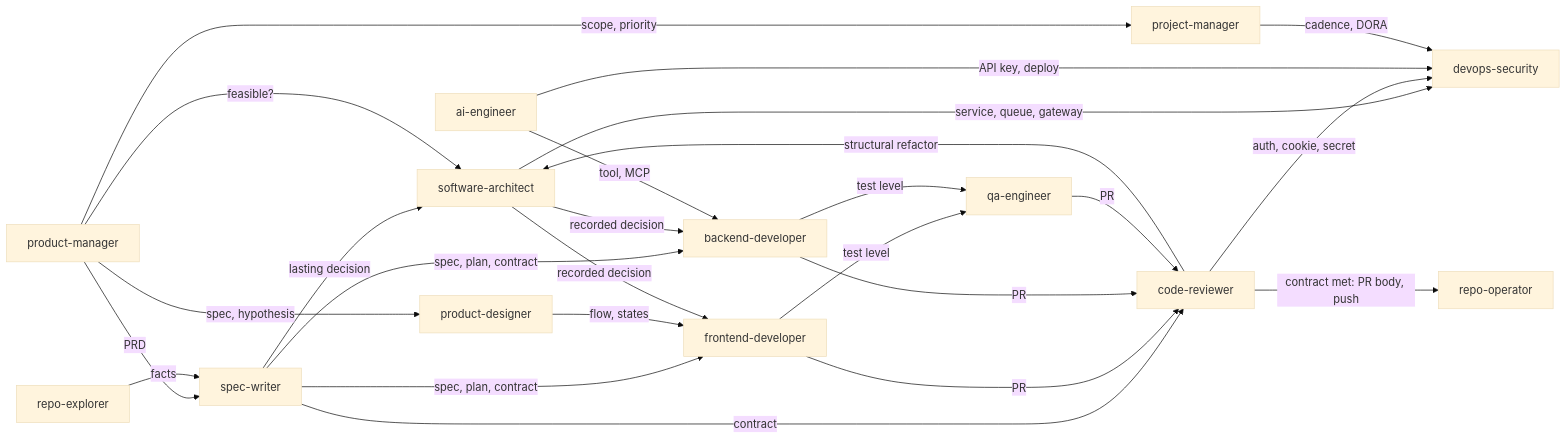
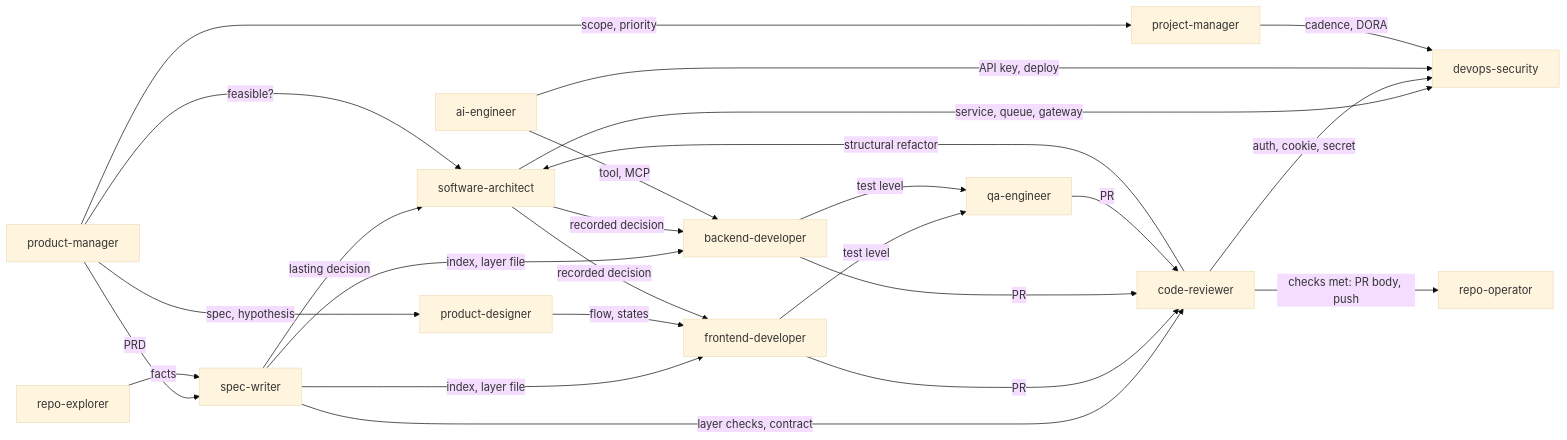
The diagram in agents/README.md (gblsmlo/tc96-marketplace), drawn with Mermaid (base theme) before and after one commit. The commit also changed other lines of this file and 43 other files, not shown here.

````diff
--- a/agents/README.md
+++ b/agents/README.md
@@ -89,27 +89,27 @@
 ```mermaid
 flowchart LR
  PM[product-manager] -->|PRD| SW[spec-writer]
  PM -->|spec, hypothesis| PD[product-designer]
  RE[repo-explorer] -->|facts| SW
  SW -->|lasting decision| SA
- SW -->|spec, plan, contract| FE
- SW -->|spec, plan, contract| BE
- SW -->|contract| CR
+ SW -->|index, layer file| FE
+ SW -->|index, layer file| BE
+ SW -->|layer checks, contract| CR
  PM -->|scope, priority| PJ[project-manager]
  PD -->|flow, states| FE[frontend-developer]
  PM -->|feasible?| SA[software-architect]
  SA -->|recorded decision| FE
  SA -->|recorded decision| BE[backend-developer]
  SA -->|service, queue, gateway| DS[devops-security]
  FE -->|test level| QA[qa-engineer]
  BE -->|test level| QA
  FE -->|PR| CR[code-reviewer]
  BE -->|PR| CR
  QA -->|PR| CR
  CR -->|auth, cookie, secret| DS
  CR -->|structural refactor| SA
  AI[ai-engineer] -->|tool, MCP| BE
  AI -->|API key, deploy| DS
  PJ -->|cadence, DORA| DS
- CR -->|contract met: PR body, push| RO[repo-operator]
+ CR -->|checks met: PR body, push| RO[repo-operator]
 ```
````
